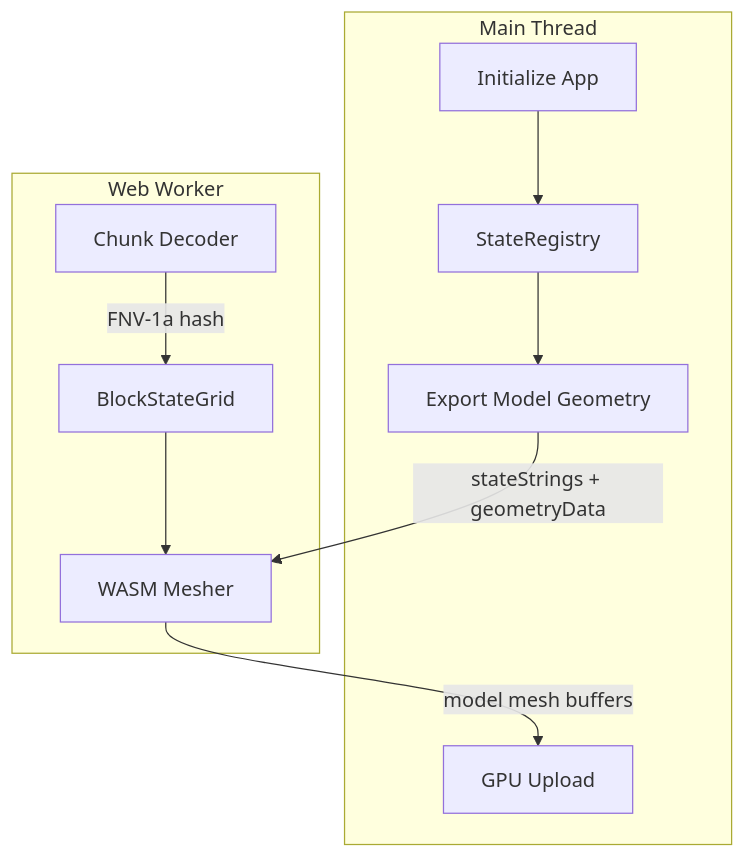
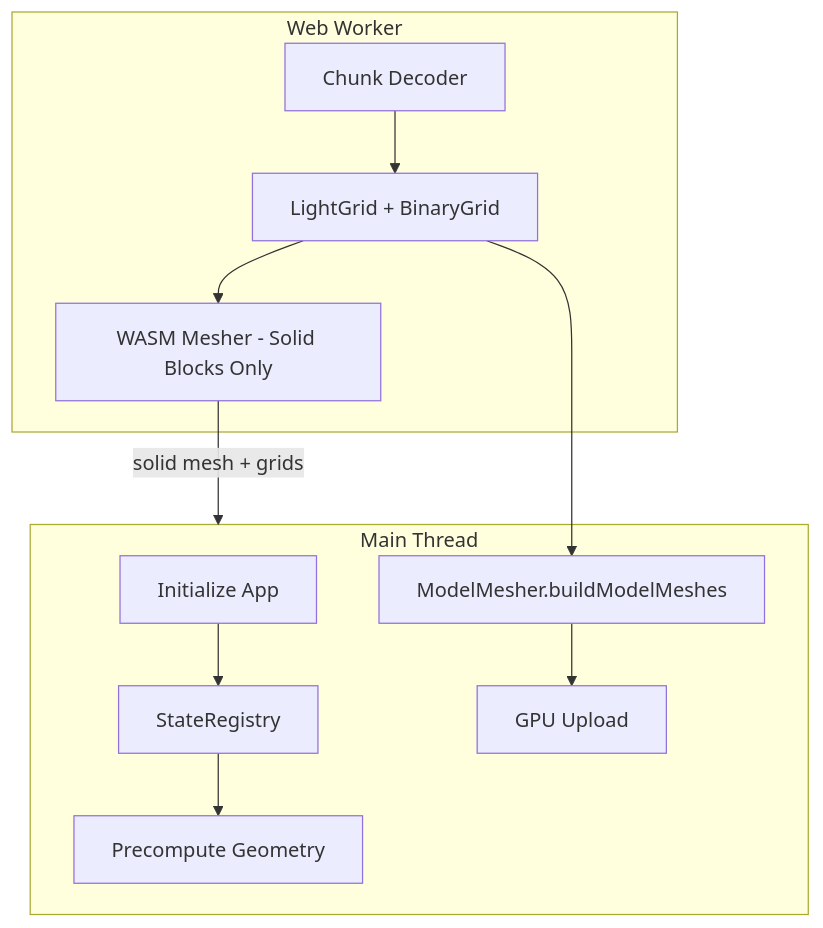
Before and after one commit to Zackareee/blockviewer: the diagram in docs/model_mesh_pipeline.md, drawn with Mermaid. The commit also changed other lines of this file and 14 other files, not shown here.

Commit message:
Revert to JS model meshing from 995559e, remove broken WASM model meshing

````diff
--- a/docs/model_mesh_pipeline.md
+++ b/docs/model_mesh_pipeline.md
@@ -9,23 +9,26 @@
 ```mermaid
 flowchart TB
     subgraph MainThread[Main Thread]
         Init[Initialize App]
         Registry[StateRegistry]
-        Export[Export Model Geometry]
+        Precompute[Precompute Geometry]
+        Build[ModelMesher.buildModelMeshes]
         Upload[GPU Upload]
     end
     
     subgraph Worker[Web Worker]
-        WASM[WASM Mesher]
+        WASM[WASM Mesher - Solid Blocks Only]
         Decode[Chunk Decoder]
-        StateGrid[BlockStateGrid]
+        Grids[LightGrid + BinaryGrid]
     end
     
     Init --> Registry
-    Registry --> Export
-    Export -->|"stateStrings + geometryData"| WASM
+    Registry --> Precompute
     
-    Decode -->|"FNV-1a hash"| StateGrid
-    StateGrid --> WASM
-    WASM -->|"model mesh buffers"| Upload
+    Decode --> Grids
+    Grids --> WASM
+    WASM -->|"solid mesh + grids"| MainThread
+    
+    Grids --> Build
+    Build --> Upload
 ```
````
